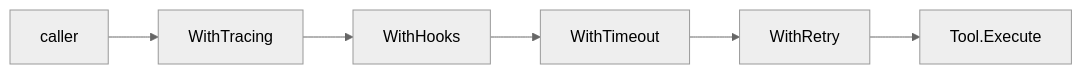
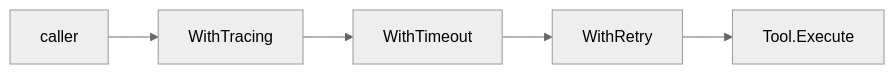
Before and after one commit to lookatitude/beluga-ai: the third of 4 diagrams in docs/architecture/03-extensibility-patterns.md, drawn with Mermaid (neutral theme). The commit also changed other lines of this file and 9 other files, not shown here.

````diff
--- a/docs/architecture/03-extensibility-patterns.md
+++ b/docs/architecture/03-extensibility-patterns.md
@@ -233,8 +233,7 @@
 ```mermaid
 graph LR
   Call[caller] --> Tr[WithTracing]
-  Tr --> H[WithHooks]
-  H --> To[WithTimeout]
+  Tr --> To[WithTimeout]
   To --> Rt[WithRetry]
   Rt --> Core[Tool.Execute]
 ```
````
